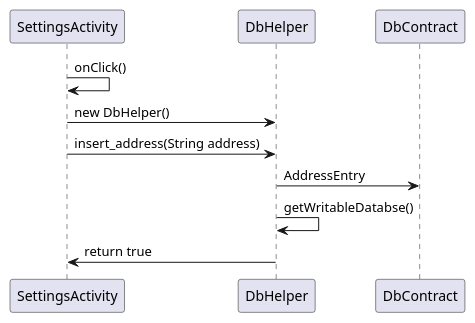
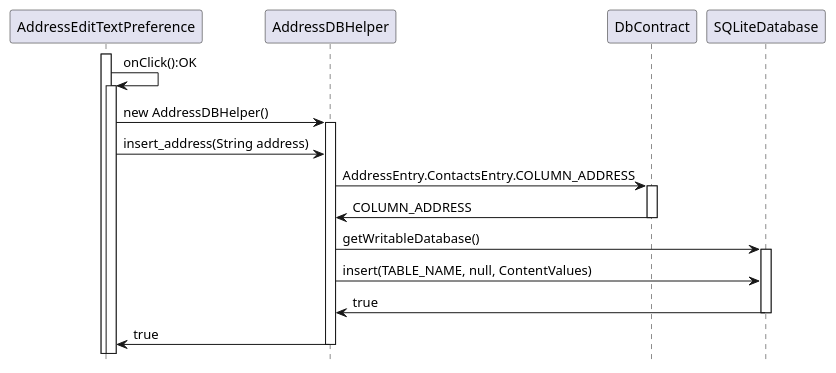
One commit to Kayu/COEN390 changed the diagram in app/src/main/java/Diagrams/Adding Address Sequence Diagram.puml. Above: the diagram before and after it, drawn with PlantUML. The commit also changed 10 other files, not shown here.

Commit message:
added diagrams

```diff
--- a/app/src/main/java/Diagrams/Adding Address Sequence Diagram.puml
+++ b/app/src/main/java/Diagrams/Adding Address Sequence Diagram.puml
@@ -1,8 +1,20 @@
 @startuml
-SettingsActivity->SettingsActivity:onClick()
-SettingsActivity->DbHelper:new DbHelper()
-SettingsActivity->DbHelper:insert_address(String address)
-DbHelper->DbContract:AddressEntry
-DbHelper->DbHelper:getWritableDatabse()
-DbHelper->SettingsActivity:return true
+activate AddressEditTextPreference
+AddressEditTextPreference->AddressEditTextPreference:onClick():OK
+activate AddressEditTextPreference
+AddressEditTextPreference->AddressDBHelper:new AddressDBHelper()
+activate AddressDBHelper
+AddressEditTextPreference->AddressDBHelper:insert_address(String address)
+AddressDBHelper->DbContract:AddressEntry.ContactsEntry.COLUMN_ADDRESS
+activate DbContract
+DbContract->AddressDBHelper:COLUMN_ADDRESS
+deactivate DbContract
+AddressDBHelper->SQLiteDatabase:getWritableDatabase()
+activate SQLiteDatabase
+AddressDBHelper->SQLiteDatabase:insert(TABLE_NAME, null, ContentValues)
+SQLiteDatabase->AddressDBHelper:true
+deactivate SQLiteDatabase
+AddressDBHelper->AddressEditTextPreference: true
+deactivate AddressDBHelper
+hide footbox
 @enduml
```
